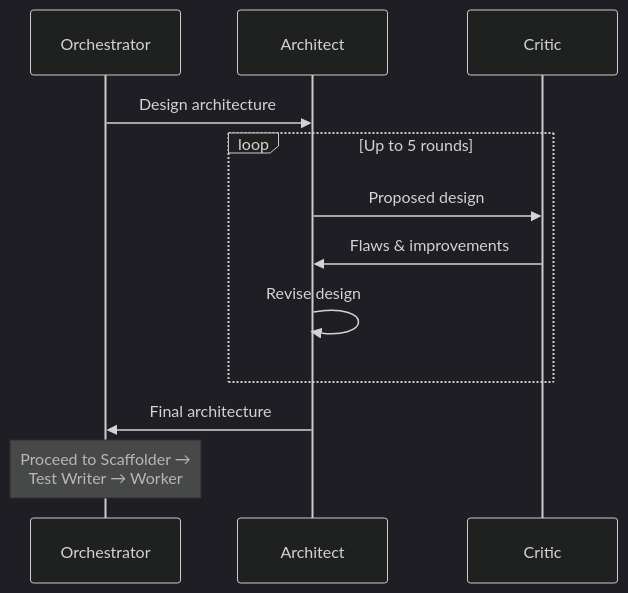
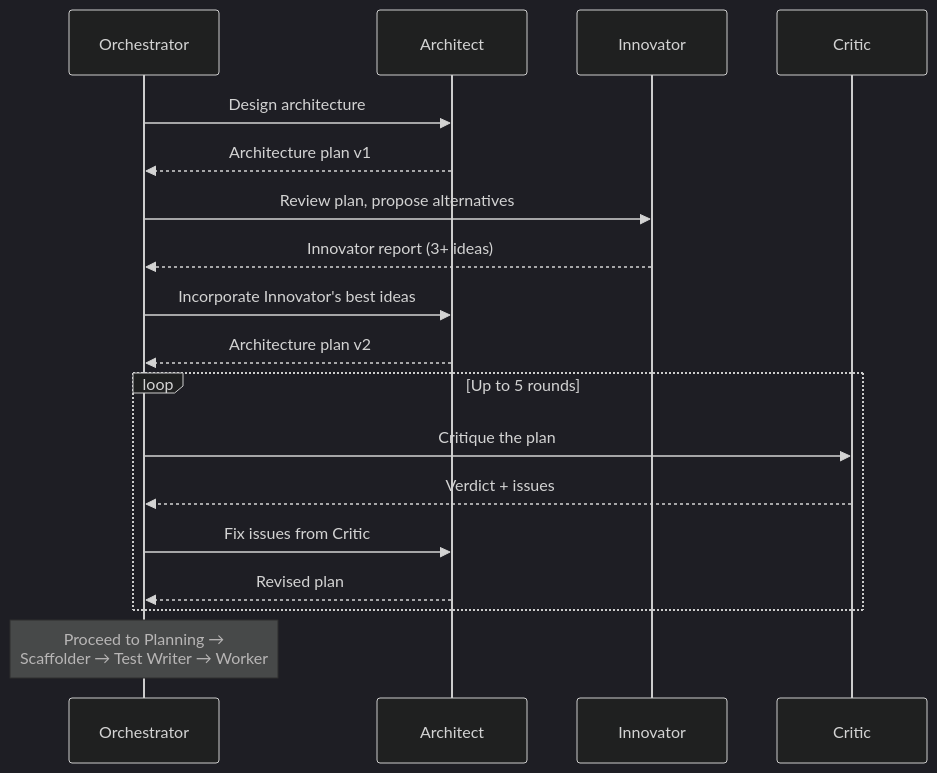
The fourth of 4 diagrams in AGENTS.md (Doumajnik/template), drawn with Mermaid (dark theme) before and after one commit. The commit also changed other lines of this file and 15 other files, not shown here.

````diff
--- a/AGENTS.md
+++ b/AGENTS.md
@@ -113,15 +114,21 @@
 ```mermaid
 sequenceDiagram
     participant O as Orchestrator
     participant A as Architect
+    participant IN as Innovator
     participant C as Critic
 
     O->>A: Design architecture
+    A-->>O: Architecture plan v1
+    O->>IN: Review plan, propose alternatives
+    IN-->>O: Innovator report (3+ ideas)
+    O->>A: Incorporate Innovator's best ideas
+    A-->>O: Architecture plan v2
     loop Up to 5 rounds
-        A->>C: Proposed design
-        C->>A: Flaws & improvements
-        A->>A: Revise design
+        O->>C: Critique the plan
+        C-->>O: Verdict + issues
+        O->>A: Fix issues from Critic
+        A-->>O: Revised plan
     end
-    A->>O: Final architecture
-    Note over O: Proceed to Scaffolder →<br/>Test Writer → Worker
+    Note over O: Proceed to Planning →<br/>Scaffolder → Test Writer → Worker
 ```
````
